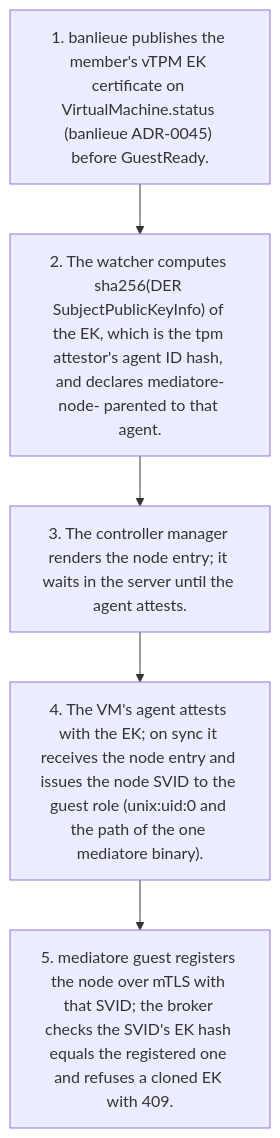
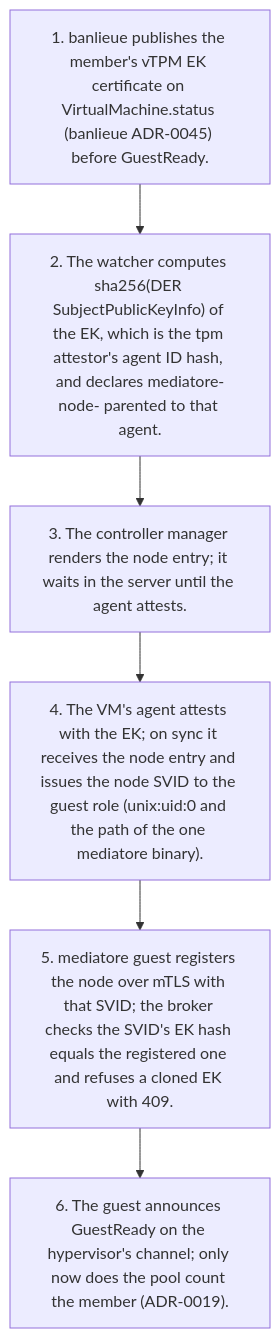
Before and after one commit to firestoned/mediatore: the third of 3 diagrams in docs/architecture/diagrams/flows.md, drawn with Mermaid. The commit also changed 24 other files, not shown here.

First line of the commit message:
feat(guest): GuestReady announced after attestation and registration, the VM units gated on the installed disk (ADR-0019); roadmap 06 in progress (#36)

````diff
--- a/docs/architecture/diagrams/flows.md
+++ b/docs/architecture/diagrams/flows.md
@@ -66,9 +66,10 @@
 ```mermaid
 flowchart TD
     t1["1. banlieue publishes the member's vTPM EK certificate on VirtualMachine.status (banlieue ADR-0045) before GuestReady."]
     t2["2. The watcher computes sha256(DER SubjectPublicKeyInfo) of the EK, which is the tpm attestor's agent ID hash, and declares mediatore-node-<ek-hash> parented to that agent."]
     t3["3. The controller manager renders the node entry; it waits in the server until the agent attests."]
     t4["4. The VM's agent attests with the EK; on sync it receives the node entry and issues the node SVID to the guest role (unix:uid:0 and the path of the one mediatore binary)."]
     t5["5. mediatore guest registers the node over mTLS with that SVID; the broker checks the SVID's EK hash equals the registered one and refuses a cloned EK with 409."]
-    t1 --> t2 --> t3 --> t4 --> t5
+    t6["6. The guest announces GuestReady on the hypervisor's channel; only now does the pool count the member (ADR-0019)."]
+    t1 --> t2 --> t3 --> t4 --> t5 --> t6
 ```
````
